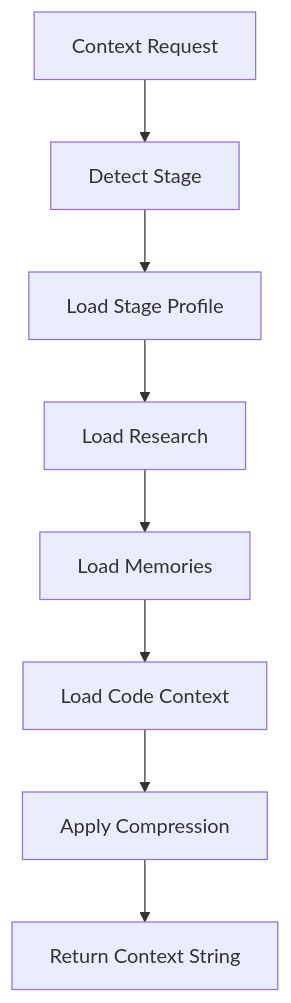
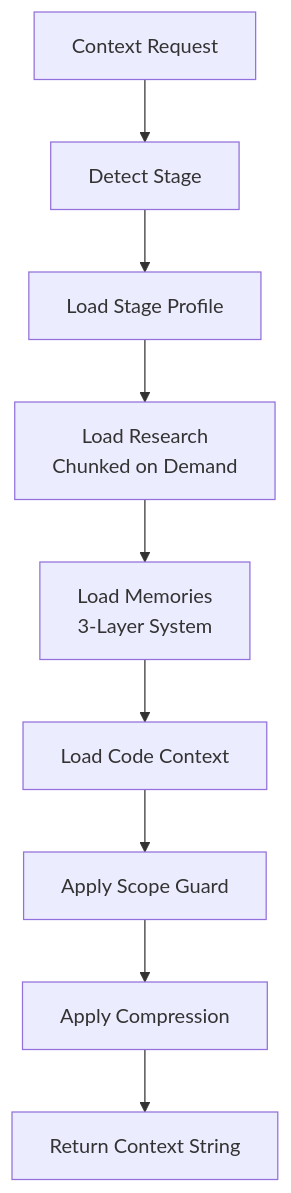
One commit to eai-tools/eai-gofer changed the fifth of 7 diagrams in .tech-docs/architecture.md. Above: the diagram before and after it, drawn with Mermaid. The commit also changed other lines of this file and 9 other files, not shown here.

````diff
--- a/.tech-docs/architecture.md
+++ b/.tech-docs/architecture.md
@@ -194,10 +288,11 @@
 ```mermaid
 graph TB
     TRIGGER[Context Request] --> STAGE[Detect Stage]
     STAGE --> PROFILE[Load Stage Profile]
-    PROFILE --> RESEARCH[Load Research]
-    RESEARCH --> MEMORY[Load Memories]
+    PROFILE --> RESEARCH[Load Research<br/>Chunked on Demand]
+    RESEARCH --> MEMORY[Load Memories<br/>3-Layer System]
     MEMORY --> CODE[Load Code Context]
-    CODE --> COMPRESS[Apply Compression]
+    CODE --> SCOPE[Apply Scope Guard]
+    SCOPE --> COMPRESS[Apply Compression]
     COMPRESS --> OUTPUT[Return Context String]
 ```
````
